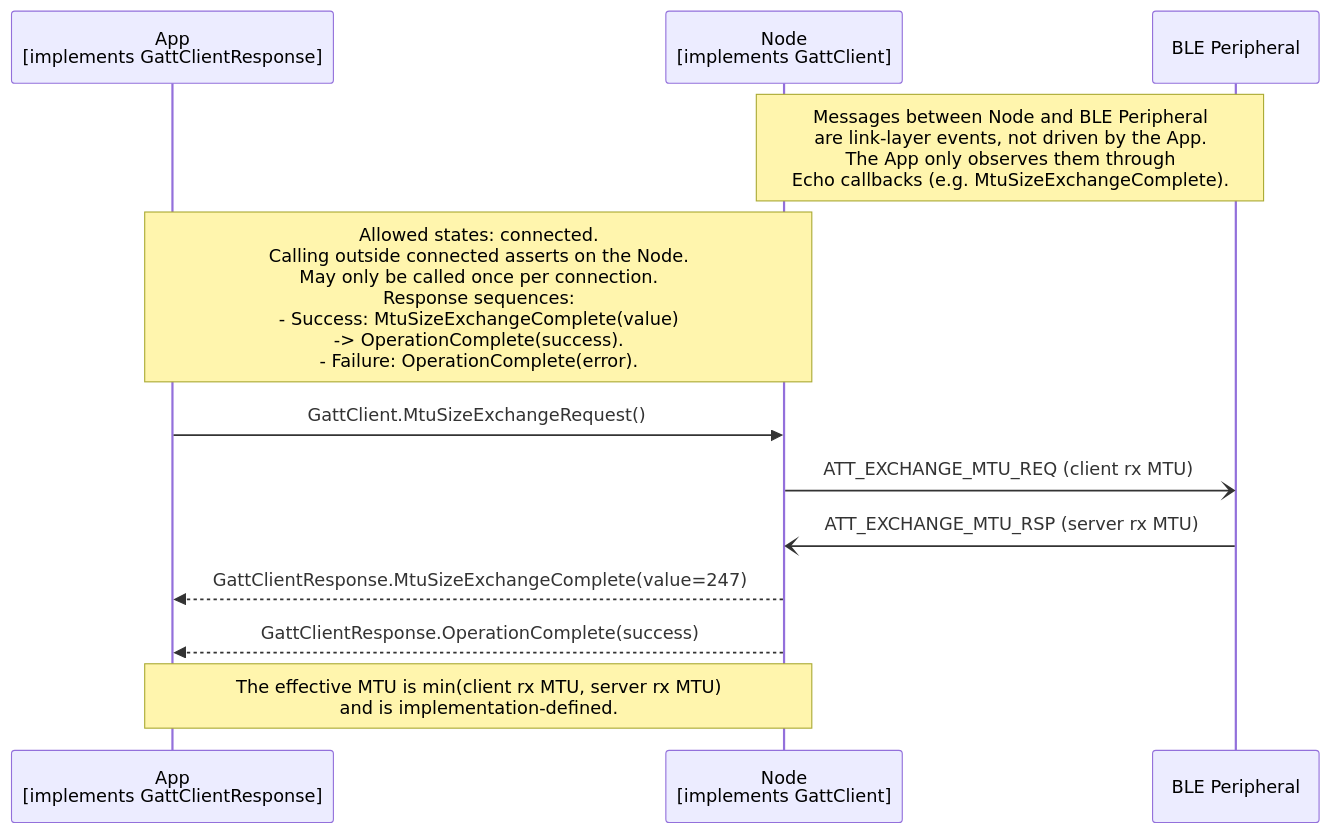
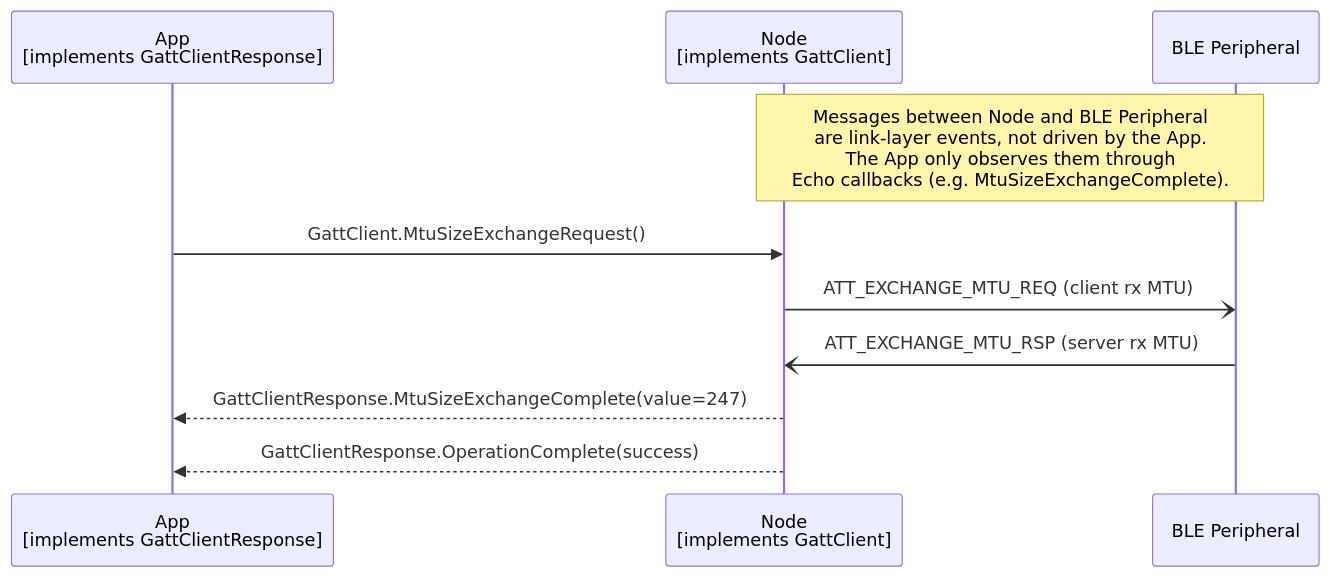
The diagram in documents/modules/ROOT/partials/echoservices/gatt_client/GattClient_MtuSizeExchangeRequest_sequence.mmd (philips-software/amp-embedded-infra-lib), drawn with Mermaid before and after one commit. The commit also changed 16 other files, not shown here.

```diff
--- a/documents/modules/ROOT/partials/echoservices/gatt_client/GattClient_MtuSizeExchangeRequest_sequence.mmd
+++ b/documents/modules/ROOT/partials/echoservices/gatt_client/GattClient_MtuSizeExchangeRequest_sequence.mmd
@@ -1,14 +1,12 @@
 sequenceDiagram
     participant App as App<br>[implements GattClientResponse]
     participant Node as Node<br>[implements GattClient]
     participant Peripheral as BLE Peripheral
 
     Note over Node, Peripheral: Messages between Node and BLE Peripheral<br>are link-layer events, not driven by the App.<br>The App only observes them through<br>Echo callbacks (e.g. MtuSizeExchangeComplete).
-    Note over App, Node: Allowed states: connected.<br>Calling outside connected asserts on the Node.<br>May only be called once per connection.<br>Response sequences:<br>- Success: MtuSizeExchangeComplete(value)<br>  -> OperationComplete(success).<br>- Failure: OperationComplete(error).
 
     App->>Node: GattClient.MtuSizeExchangeRequest()
     Node-)Peripheral: ATT_EXCHANGE_MTU_REQ (client rx MTU)
     Peripheral-)Node: ATT_EXCHANGE_MTU_RSP (server rx MTU)
     Node-->>App: GattClientResponse.MtuSizeExchangeComplete(value=247)
     Node-->>App: GattClientResponse.OperationComplete(success)
-    Note over App, Node: The effective MTU is min(client rx MTU, server rx MTU)<br>and is implementation-defined.
```
